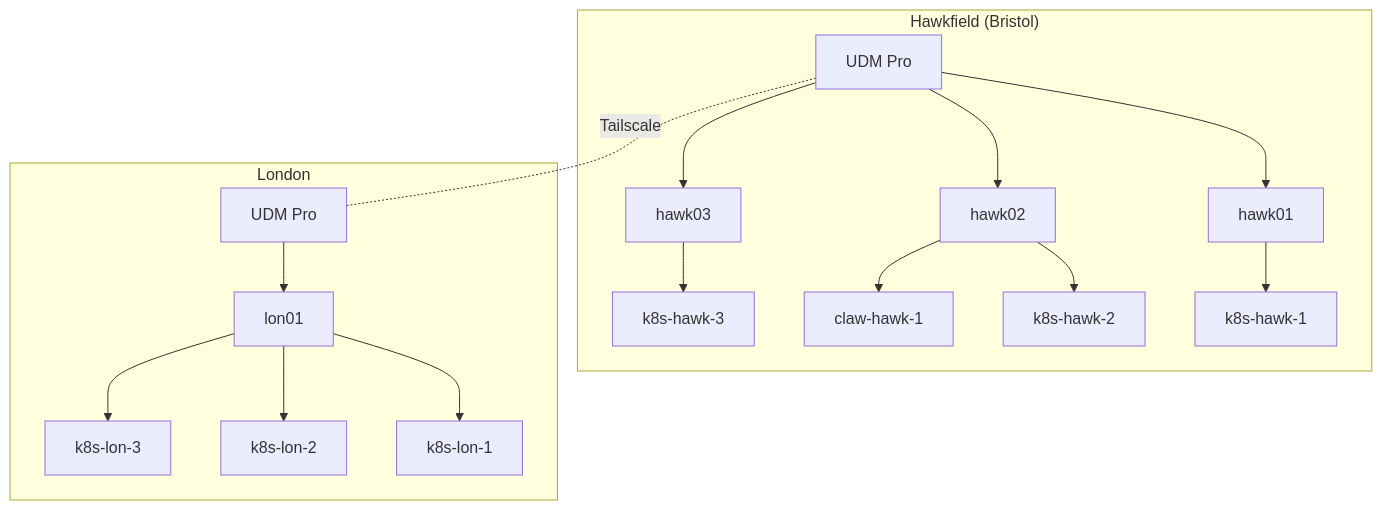
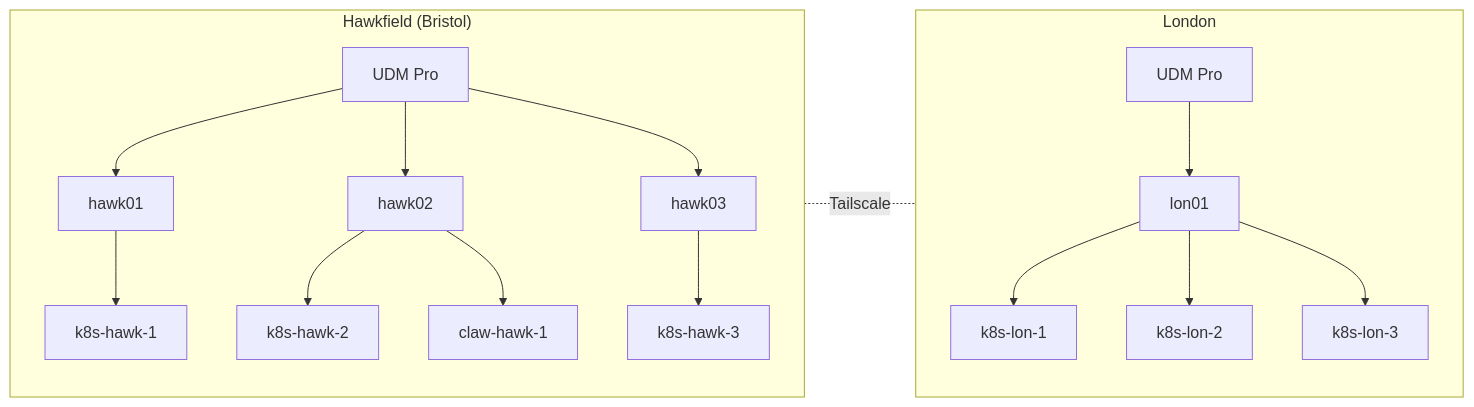
One commit to clincha-org/clincha changed the diagram in README.md. Above: the diagram before and after it, drawn with Mermaid. The commit also changed other lines of this file, not shown here.

Commit message:
Drop Tech heading and render sites side by side
Remove the Tech heading (keep logos inline), switch diagram to graph LR
with direction TB inside each subgraph so the two sites render
side by side with Tailscale connecting them horizontally.

````diff
--- a/README.md
+++ b/README.md
@@ -20,21 +18,23 @@
 ```mermaid
-graph TB
+graph LR
     subgraph "Hawkfield (Bristol)"
+        direction TB
         udm_h[UDM Pro] --> hawk01[hawk01]
         udm_h --> hawk02[hawk02]
         udm_h --> hawk03[hawk03]
         hawk01 --> kh1[k8s-hawk-1]
         hawk02 --> kh2[k8s-hawk-2]
         hawk03 --> kh3[k8s-hawk-3]
         hawk02 --> claw[claw-hawk-1]
     end
 
     udm_h -. Tailscale .- udm_l
 
     subgraph "London"
+        direction TB
         udm_l[UDM Pro] --> lon01[lon01]
         lon01 --> kl1[k8s-lon-1]
         lon01 --> kl2[k8s-lon-2]
         lon01 --> kl3[k8s-lon-3]
     end
 ```
````
